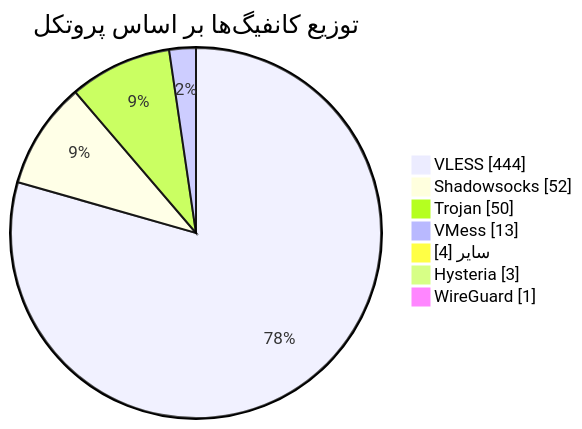
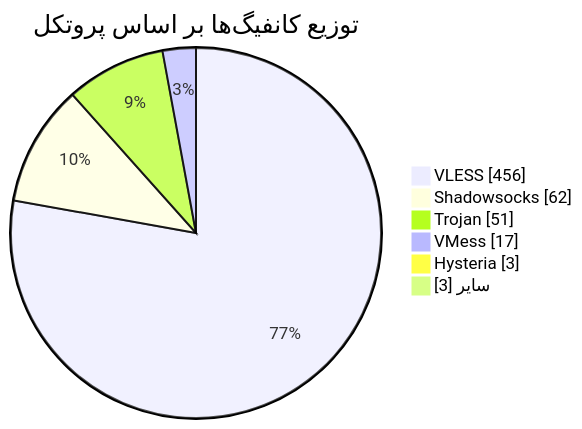
The diagram in README.md (Arian-Alijani/Somthing), drawn with Mermaid before and after one commit. The commit also changed other lines of this file and 19 other files, not shown here.

````diff
--- a/README.md
+++ b/README.md
@@ -49,11 +48,10 @@
 ```mermaid
 pie showData
     title توزیع کانفیگ‌ها بر اساس پروتکل
-    "VLESS" : 444
-    "Shadowsocks" : 52
-    "Trojan" : 50
-    "VMess" : 13
-    "سایر" : 4
+    "VLESS" : 456
+    "Shadowsocks" : 62
+    "Trojan" : 51
+    "VMess" : 17
     "Hysteria" : 3
-    "WireGuard" : 1
+    "سایر" : 3
 ```
````
